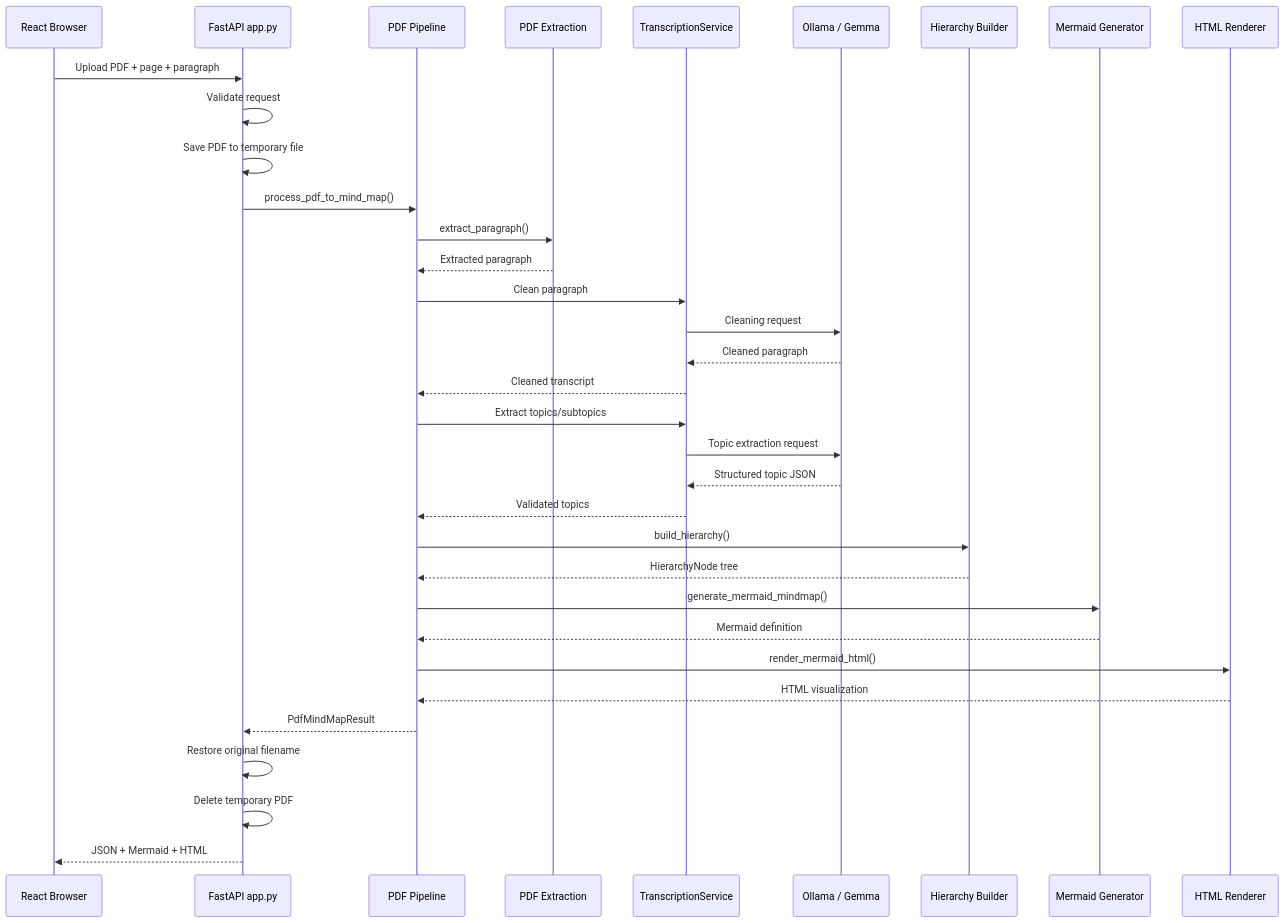
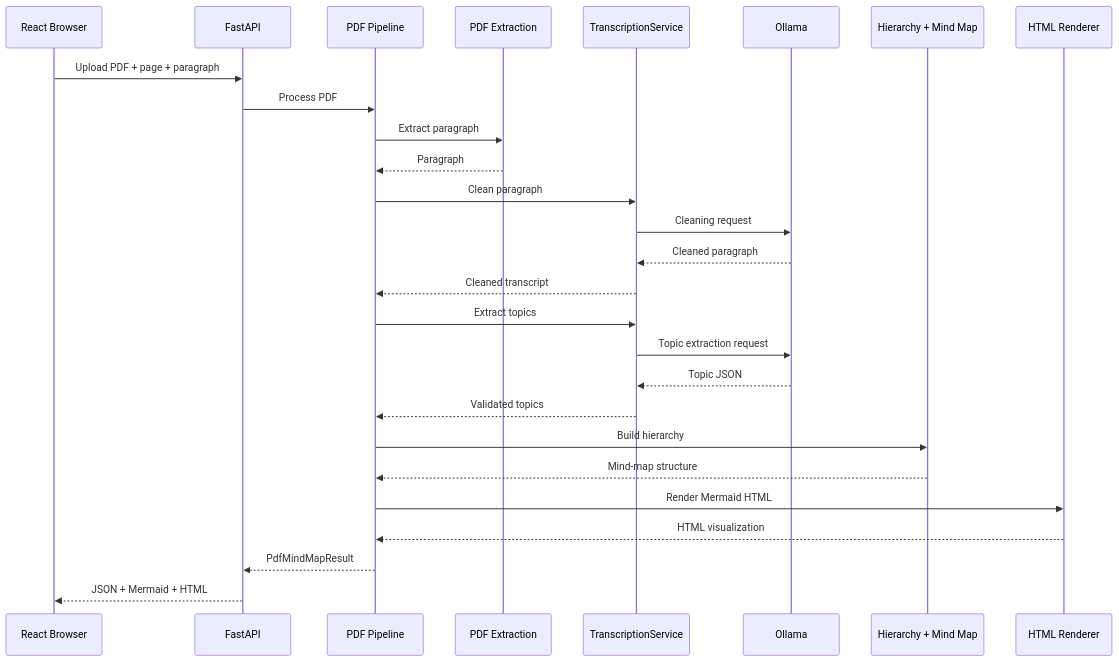
One commit to Bhumika767/ai-transcript-mindmap changed the fifth of 6 diagrams in DIAGRAMS.md. Above: the diagram before and after it, drawn with Mermaid. The commit also changed other lines of this file, not shown here.

Commit message:
Refactor diagrams for clarity and consistency

````diff
--- a/DIAGRAMS.md
+++ b/DIAGRAMS.md
@@ -250,49 +205,38 @@
 ```mermaid
 sequenceDiagram
 
-    participant Client as React Browser
-    participant API as FastAPI app.py
+    participant User as React Browser
+    participant API as FastAPI
     participant Pipeline as PDF Pipeline
     participant Extract as PDF Extraction
     participant Service as TranscriptionService
-    participant LLM as Ollama / Gemma
-    participant Hierarchy as Hierarchy Builder
-    participant Mermaid as Mermaid Generator
+    participant LLM as Ollama
+    participant Build as Hierarchy + Mind Map
     participant HTML as HTML Renderer
 
-    Client->>API: Upload PDF + page + paragraph
+    User->>API: Upload PDF + page + paragraph
 
-    API->>API: Validate request
-    API->>API: Save PDF to temporary file
+    API->>Pipeline: Process PDF
 
-    API->>Pipeline: process_pdf_to_mind_map()
-
-    Pipeline->>Extract: extract_paragraph()
-    Extract-->>Pipeline: Extracted paragraph
+    Pipeline->>Extract: Extract paragraph
+    Extract-->>Pipeline: Paragraph
 
     Pipeline->>Service: Clean paragraph
     Service->>LLM: Cleaning request
     LLM-->>Service: Cleaned paragraph
     Service-->>Pipeline: Cleaned transcript
 
-    Pipeline->>Service: Extract topics/subtopics
+    Pipeline->>Service: Extract topics
     Service->>LLM: Topic extraction request
-    LLM-->>Service: Structured topic JSON
+    LLM-->>Service: Topic JSON
     Service-->>Pipeline: Validated topics
 
-    Pipeline->>Hierarchy: build_hierarchy()
-    Hierarchy-->>Pipeline: HierarchyNode tree
+    Pipeline->>Build: Build hierarchy
+    Build-->>Pipeline: Mind-map structure
 
-    Pipeline->>Mermaid: generate_mermaid_mindmap()
-    Mermaid-->>Pipeline: Mermaid definition
-
-    Pipeline->>HTML: render_mermaid_html()
+    Pipeline->>HTML: Render Mermaid HTML
     HTML-->>Pipeline: HTML visualization
 
     Pipeline-->>API: PdfMindMapResult
-
-    API->>API: Restore original filename
-    API->>API: Delete temporary PDF
-
-    API-->>Client: JSON + Mermaid + HTML
+    API-->>User: JSON + Mermaid + HTML
 ```
````
